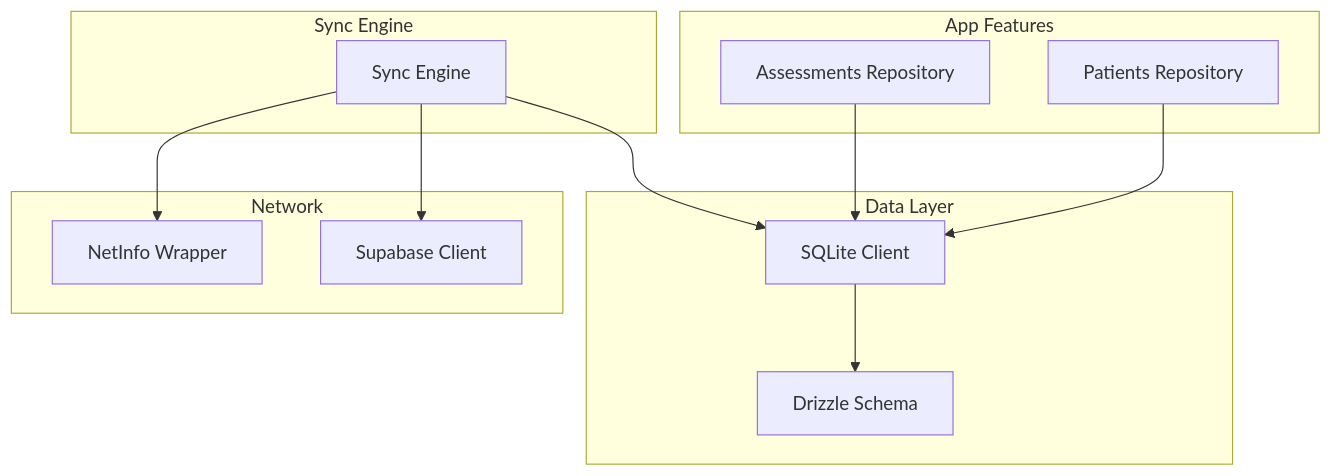
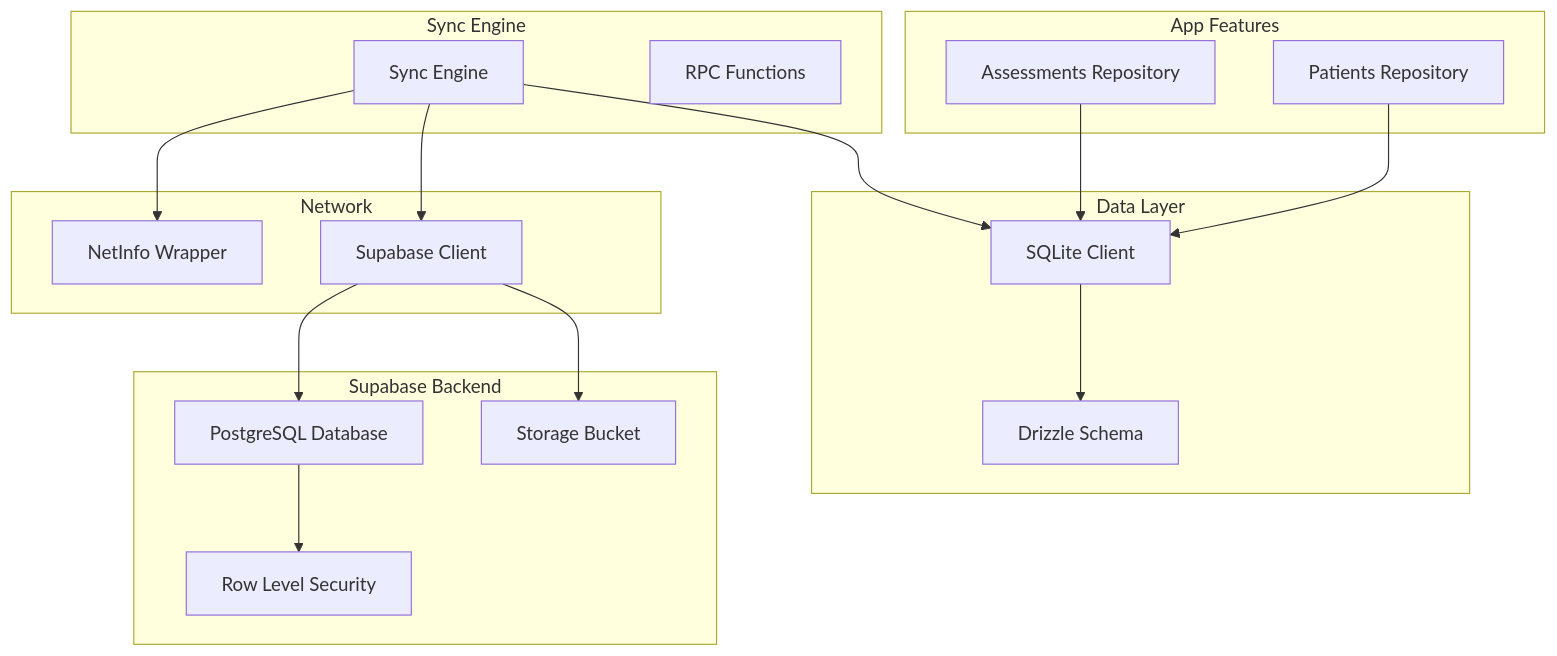
The first of 10 diagrams in .qoder/repowiki/en/content/Synchronization System.md (AdeelTahir-SE/DermSight), drawn with Mermaid before and after one commit. The commit also changed other lines of this file and 33 other files, not shown here.

````diff
--- a/.qoder/repowiki/en/content/Synchronization System.md
+++ b/.qoder/repowiki/en/content/Synchronization System.md
@@ -42,24 +58,33 @@
 ```mermaid
 graph TB
 subgraph "App Features"
 PAT["Patients Repository"]
 ASS["Assessments Repository"]
 end
 subgraph "Data Layer"
 DB["SQLite Client"]
 SCHEMA["Drizzle Schema"]
 end
 subgraph "Sync Engine"
 ENGINE["Sync Engine"]
+RPC["RPC Functions"]
+end
+subgraph "Supabase Backend"
+PG["PostgreSQL Database"]
+STORAGE["Storage Bucket"]
+RLS["Row Level Security"]
 end
 subgraph "Network"
 NETINFO["NetInfo Wrapper"]
 SUPABASE["Supabase Client"]
 end
 PAT --> DB
 ASS --> DB
 DB --> SCHEMA
 ENGINE --> DB
 ENGINE --> NETINFO
 ENGINE --> SUPABASE
+SUPABASE --> PG
+SUPABASE --> STORAGE
+PG --> RLS
 ```
````
